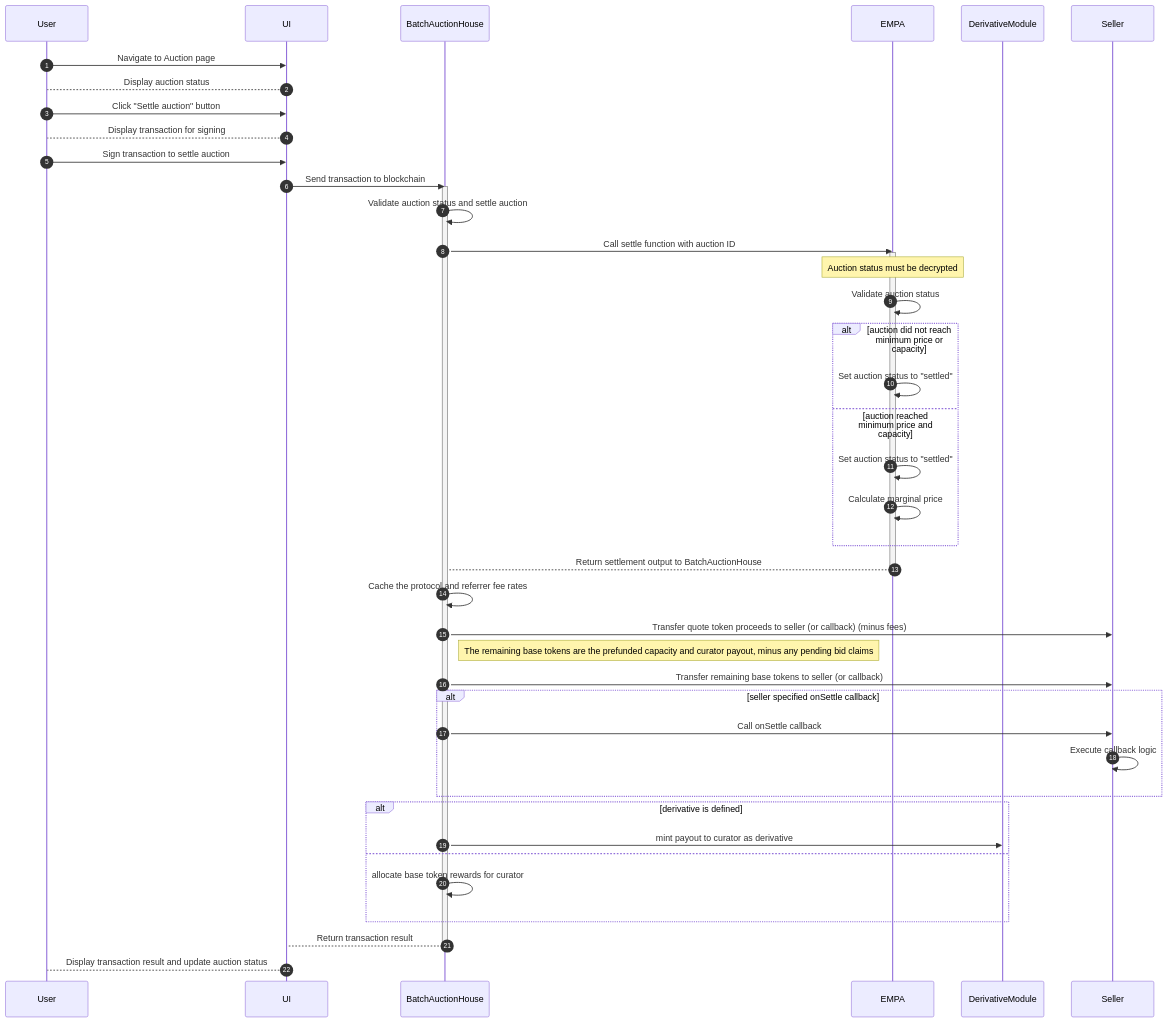
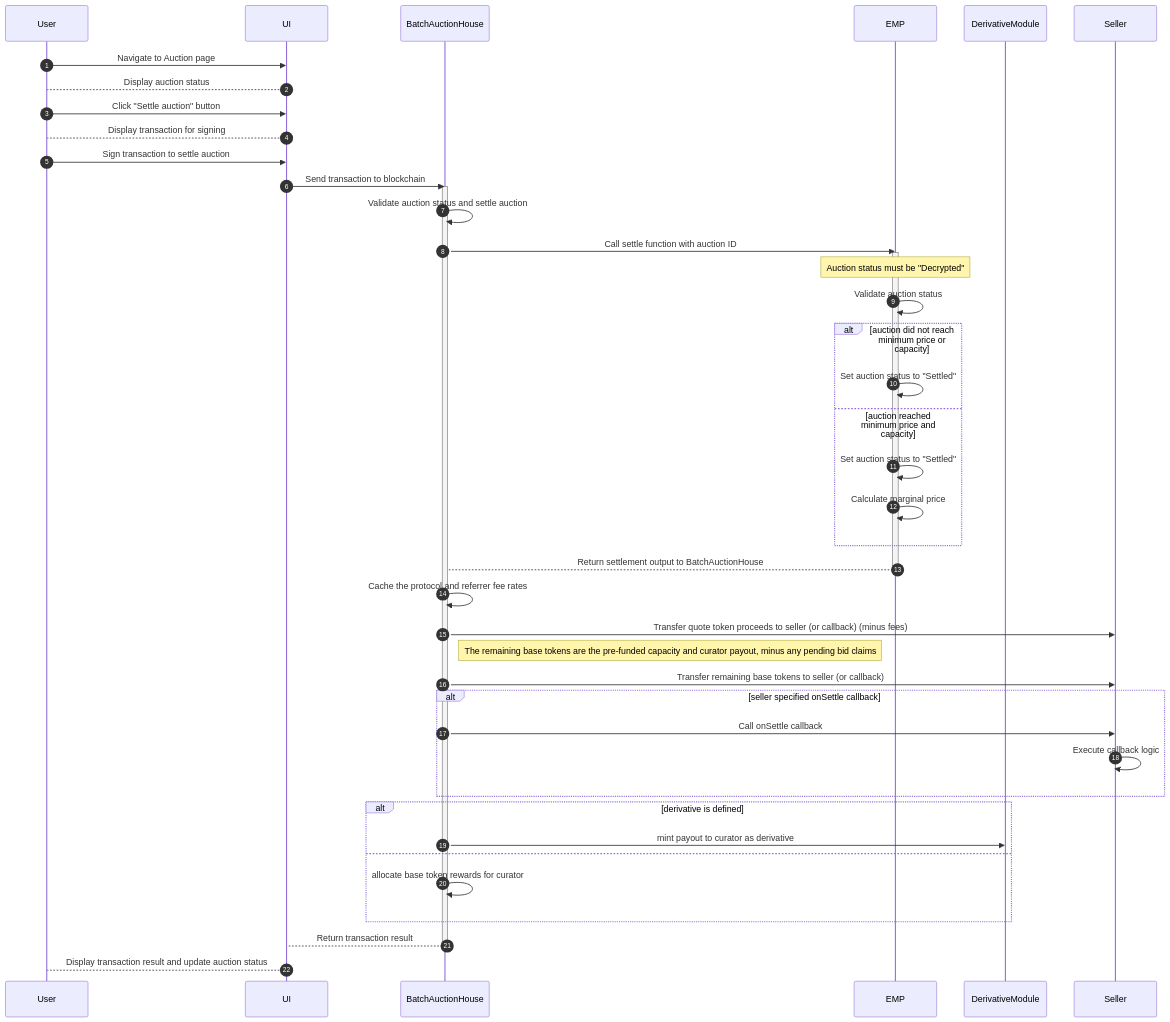
The sixth of 9 diagrams in design/EMPA.md (Axis-Fi/axis-core), drawn with Mermaid before and after one commit. The commit also changed other lines of this file and 1 other file, not shown here.

````diff
--- a/design/EMPA.md
+++ b/design/EMPA.md
@@ -346,47 +355,47 @@
 ```mermaid
 sequenceDiagram
   autoNumber
   participant User
   participant UI
   participant BatchAuctionHouse
-  participant EMPA
+  participant EMP
   participant DerivativeModule
   participant Seller
 
   User->>UI: Navigate to Auction page
   UI-->User: Display auction status
   User->>UI: Click "Settle auction" button
   UI-->User: Display transaction for signing
   User->>UI: Sign transaction to settle auction
   UI->>BatchAuctionHouse: Send transaction to blockchain
   activate BatchAuctionHouse
       BatchAuctionHouse->>BatchAuctionHouse: Validate auction status and settle auction
-      BatchAuctionHouse->>EMPA: Call settle function with auction ID
-      activate EMPA
-          Note over EMPA: Auction status must be decrypted
-          EMPA->>EMPA: Validate auction status
+      BatchAuctionHouse->>EMP: Call settle function with auction ID
+      activate EMP
+          Note over EMP: Auction status must be "Decrypted"
+          EMP->>EMP: Validate auction status
           alt auction did not reach minimum price or capacity
-              EMPA->>EMPA: Set auction status to "settled"
+              EMP->>EMP: Set auction status to "Settled"
           else auction reached minimum price and capacity
-              EMPA->>EMPA: Set auction status to "settled"
-              EMPA->>EMPA: Calculate marginal price
+              EMP->>EMP: Set auction status to "Settled"
+              EMP->>EMP: Calculate marginal price
           end
-          EMPA-->BatchAuctionHouse: Return settlement output to BatchAuctionHouse
-      deactivate EMPA
+          EMP-->BatchAuctionHouse: Return settlement output to BatchAuctionHouse
+      deactivate EMP
       BatchAuctionHouse->>BatchAuctionHouse: Cache the protocol and referrer fee rates
       BatchAuctionHouse->>Seller: Transfer quote token proceeds to seller (or callback) (minus fees)
-      Note right of BatchAuctionHouse: The remaining base tokens are the prefunded capacity and curator payout, minus any pending bid claims
+      Note right of BatchAuctionHouse: The remaining base tokens are the pre-funded capacity and curator payout, minus any pending bid claims
       BatchAuctionHouse->>Seller: Transfer remaining base tokens to seller (or callback)
       alt seller specified onSettle callback
         BatchAuctionHouse->>Seller: Call onSettle callback
         Seller->>Seller: Execute callback logic
       end
       alt derivative is defined
         BatchAuctionHouse->>DerivativeModule: mint payout to curator as derivative
       else
         BatchAuctionHouse->>BatchAuctionHouse: allocate base token rewards for curator
       end
       BatchAuctionHouse-->UI: Return transaction result
   deactivate BatchAuctionHouse
   UI-->User: Display transaction result and update auction status
 ```
````
